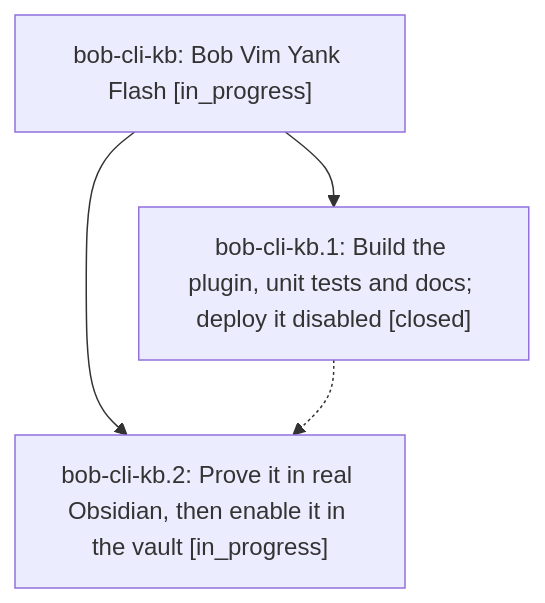
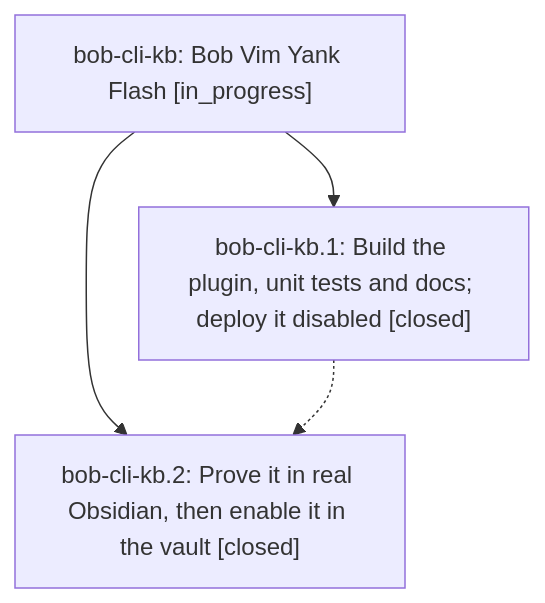
The diagram in pages/bob-cli-kb/README.md (bobs-org/bob-cli--beads), drawn with Mermaid before and after one commit. The commit also changed other lines of this file and 2 other files, not shown here.

First line of the commit message:
chore(beads): sync bead state and pages for bob-cli-kb

````diff
--- a/pages/bob-cli-kb/README.md
+++ b/pages/bob-cli-kb/README.md
@@ -23,9 +37,9 @@
 ```mermaid
 flowchart TD
     n0["bob-cli-kb: Bob Vim Yank Flash [in_progress]"]
     n1["bob-cli-kb.1: Build the plugin, unit tests and docs; deploy it disabled [closed]"]
-    n2["bob-cli-kb.2: Prove it in real Obsidian, then enable it in the vault [in_progress]"]
+    n2["bob-cli-kb.2: Prove it in real Obsidian, then enable it in the vault [closed]"]
     n0 --> n1
     n0 --> n2
     n1 -.-> n2
 ```
````
